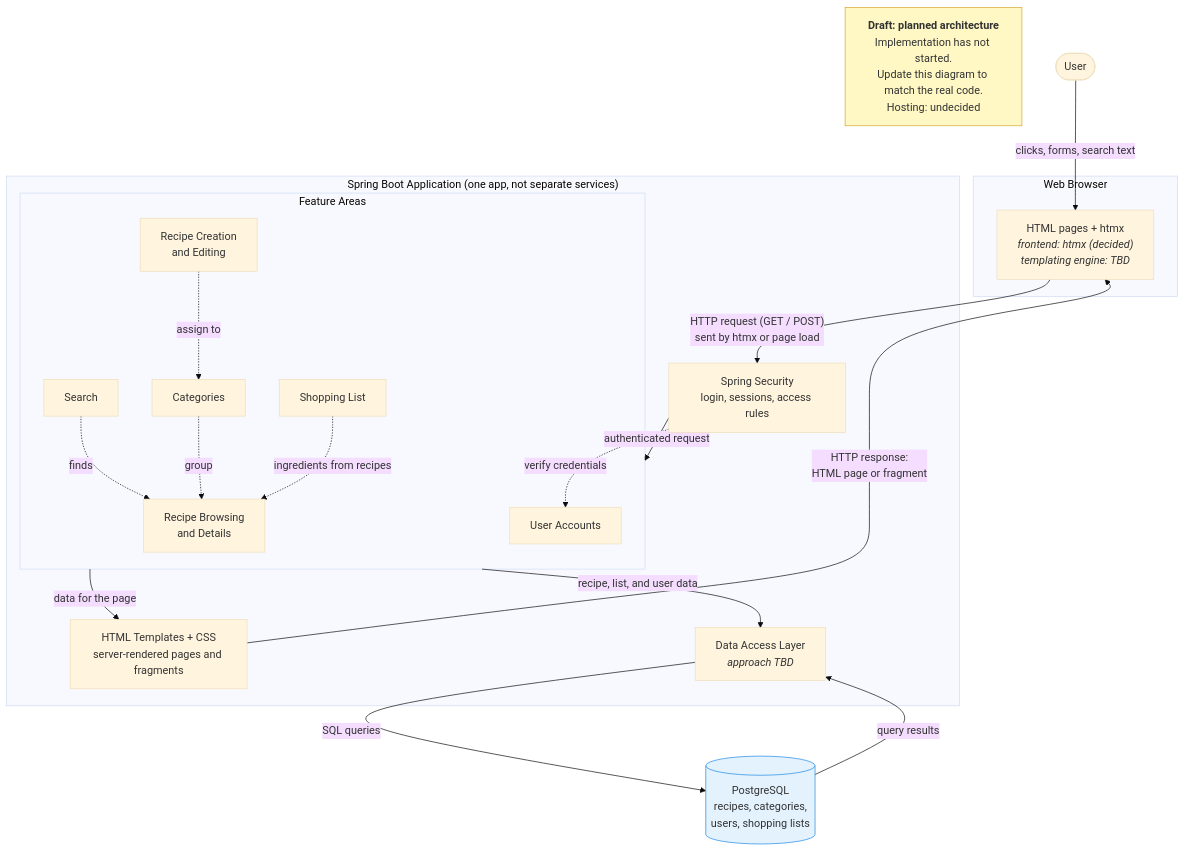
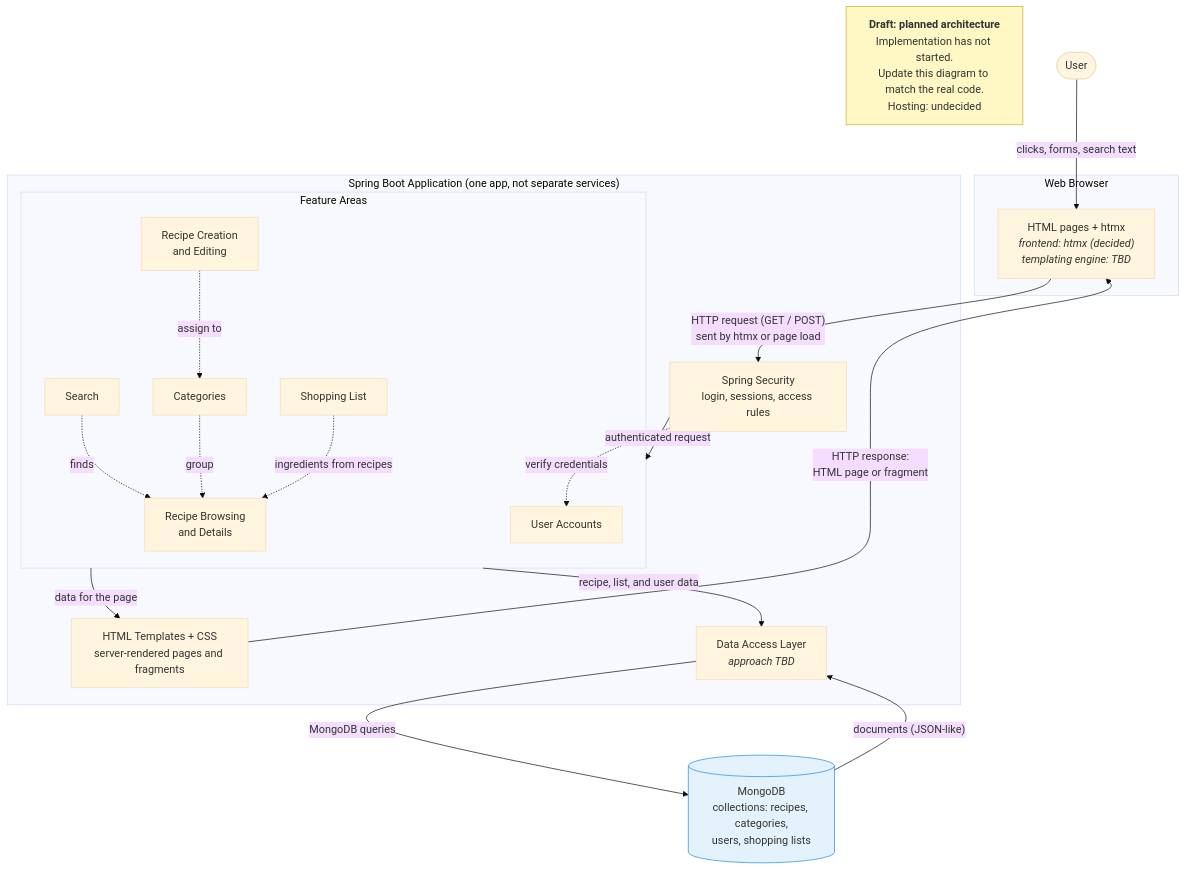
The diagram in docs/architecture.mmd (PWeaver23/CookBook-Web-Based-Projects), drawn with Mermaid (base theme) before and after one commit. The commit also changed 7 other files, not shown here.

First line of the commit message:
Switch database to MongoDB and embed diagram in architecture docs

```diff
--- a/docs/architecture.mmd
+++ b/docs/architecture.mmd
@@ -1,56 +1,56 @@
 %% CookBook Web App: planned architecture (rough draft)
 %% This shows the PLANNED design, not the implementation. Update it as the code is built.
 %% Sources: README.md and docs/design-decisions.md (no project proposal in the repo yet).
 
 flowchart TB
     note["<b>Draft: planned architecture</b><br/>Implementation has not started.<br/>Update this diagram to match the real code.<br/>Hosting: undecided"]
 
     user(["User"])
 
     subgraph browser["Web Browser"]
         ui["HTML pages + htmx<br/><i>frontend: htmx (decided)</i><br/><i>templating engine: TBD</i>"]
     end
 
     subgraph app["Spring Boot Application (one app, not separate services)"]
         security["Spring Security<br/>login, sessions, access rules"]
 
         subgraph features["Feature Areas"]
             browse["Recipe Browsing<br/>and Details"]
             edit["Recipe Creation<br/>and Editing"]
             categories["Categories"]
             search["Search"]
             shopping["Shopping List"]
             accounts["User Accounts"]
         end
 
         views["HTML Templates + CSS<br/>server-rendered pages and fragments"]
         data["Data Access Layer<br/><i>approach TBD</i>"]
     end
 
-    db[("PostgreSQL<br/>recipes, categories,<br/>users, shopping lists")]
+    db[("MongoDB<br/>collections: recipes, categories,<br/>users, shopping lists")]
 
     %% Request path
     user -->|"clicks, forms, search text"| ui
     ui -->|"HTTP request (GET / POST)<br/>sent by htmx or page load"| security
     security -->|"authenticated request"| features
     security -.->|"verify credentials"| accounts
 
     %% Relationships between features
     search -.->|"finds"| browse
     categories -.->|"group"| browse
     shopping -.->|"ingredients from recipes"| browse
     edit -.->|"assign to"| categories
 
     %% Data path
     features -->|"recipe, list, and user data"| data
-    data -->|"SQL queries"| db
-    db -->|"query results"| data
+    data -->|"MongoDB queries"| db
+    db -->|"documents (JSON-like)"| data
 
     %% Response path
     features -->|"data for the page"| views
     views -->|"HTTP response:<br/>HTML page or fragment"| ui
 
     classDef noteStyle fill:#fff8c5,stroke:#d4a72c,color:#333
     classDef dbStyle fill:#e3f2fd,stroke:#1e88e5,color:#333
     class note noteStyle
     class db dbStyle
```
